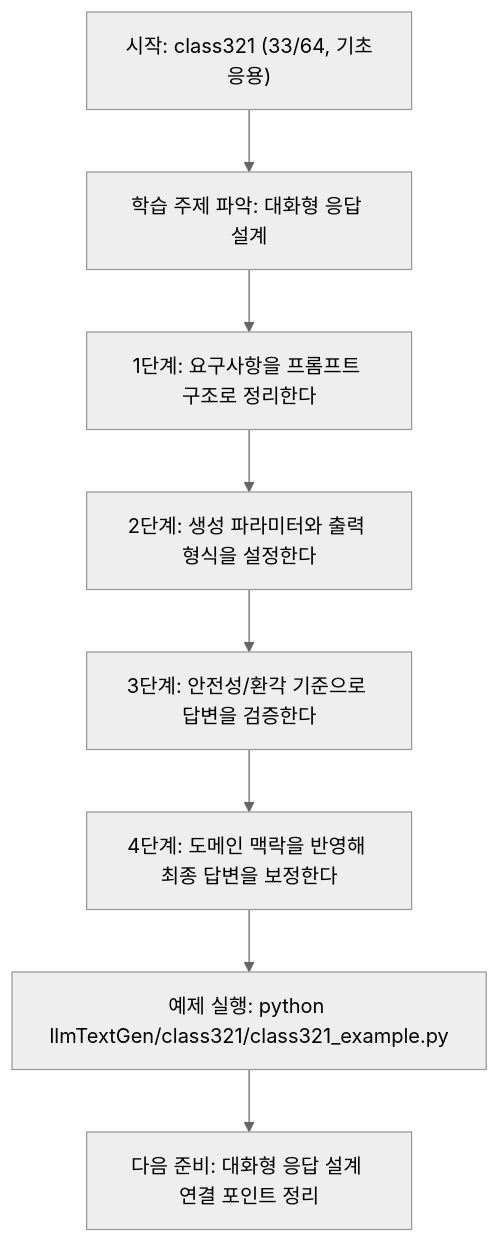
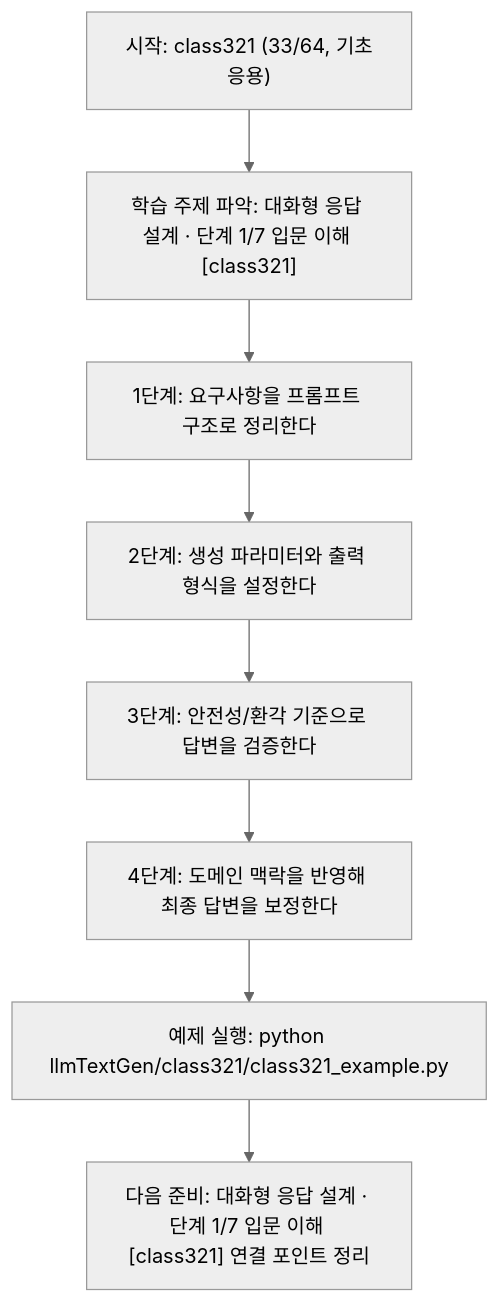
The diagram in llmTextGen/class321/class321.md (edumgt/Python-AI_Agent-Class), drawn with Mermaid (neutral theme) before and after one commit. The commit also changed other lines of this file and 522 other files, not shown here.

````diff
--- a/llmTextGen/class321/class321.md
+++ b/llmTextGen/class321/class321.md
@@ -113,18 +114,18 @@
 ```mermaid
 flowchart TD
 N1["시작: class321 (33/64, 기초응용)"]
-N2["학습 주제 파악: 대화형 응답 설계"]
+N2["학습 주제 파악: 대화형 응답 설계 · 단계 1/7 입문 이해 [class321]"]
 N3["1단계: 요구사항을 프롬프트 구조로 정리한다"]
 N4["2단계: 생성 파라미터와 출력 형식을 설정한다"]
 N5["3단계: 안전성/환각 기준으로 답변을 검증한다"]
 N6["4단계: 도메인 맥락을 반영해 최종 답변을 보정한다"]
 N7["예제 실행: python llmTextGen/class321/class321_example.py"]
-N8["다음 준비: 대화형 응답 설계 연결 포인트 정리"]
+N8["다음 준비: 대화형 응답 설계 · 단계 1/7 입문 이해 [class321] 연결 포인트 정리"]
 N1 --> N2
 N2 --> N3
 N3 --> N4
 N4 --> N5
 N5 --> N6
 N6 --> N7
 N7 --> N8
 ```
````
